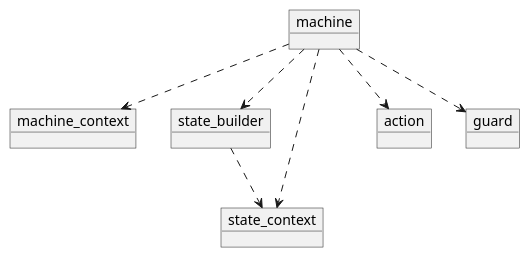
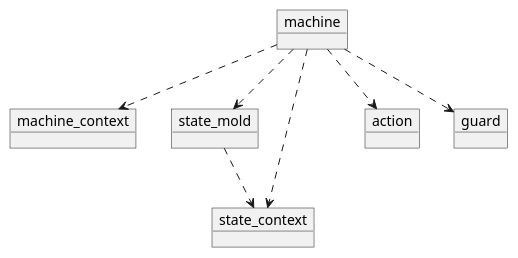
The diagram in doc/extra/circular-dependency.md (fgoujeon/maki), drawn with PlantUML before and after one commit. The commit also changed 85 other files, not shown here.

Commit message:
`state_builder` -> `state_mold`

```diff
--- a/doc/extra/circular-dependency.md
+++ b/doc/extra/circular-dependency.md
@@ -5,18 +5,18 @@
 @startuml{object_dependency.png} "Dependency Between Maki Objects"
 
 object machine
 object machine_context
-object state_builder
+object state_mold
 object state_context
 object action
 object guard
 
 machine ..> machine_context
 machine ..> state_context
-machine ..> state_builder
+machine ..> state_mold
 machine ..> action
 machine ..> guard
 
-state_builder ..> state_context
+state_mold ..> state_context
 
 @enduml
```
